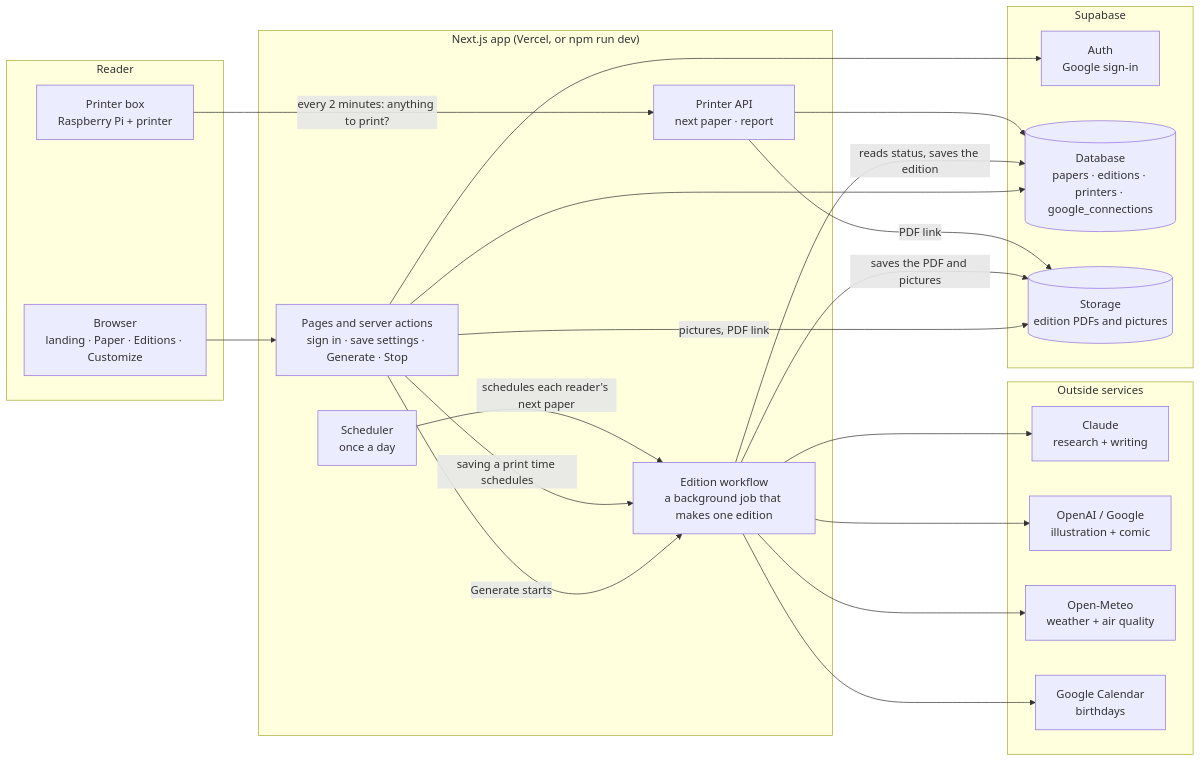
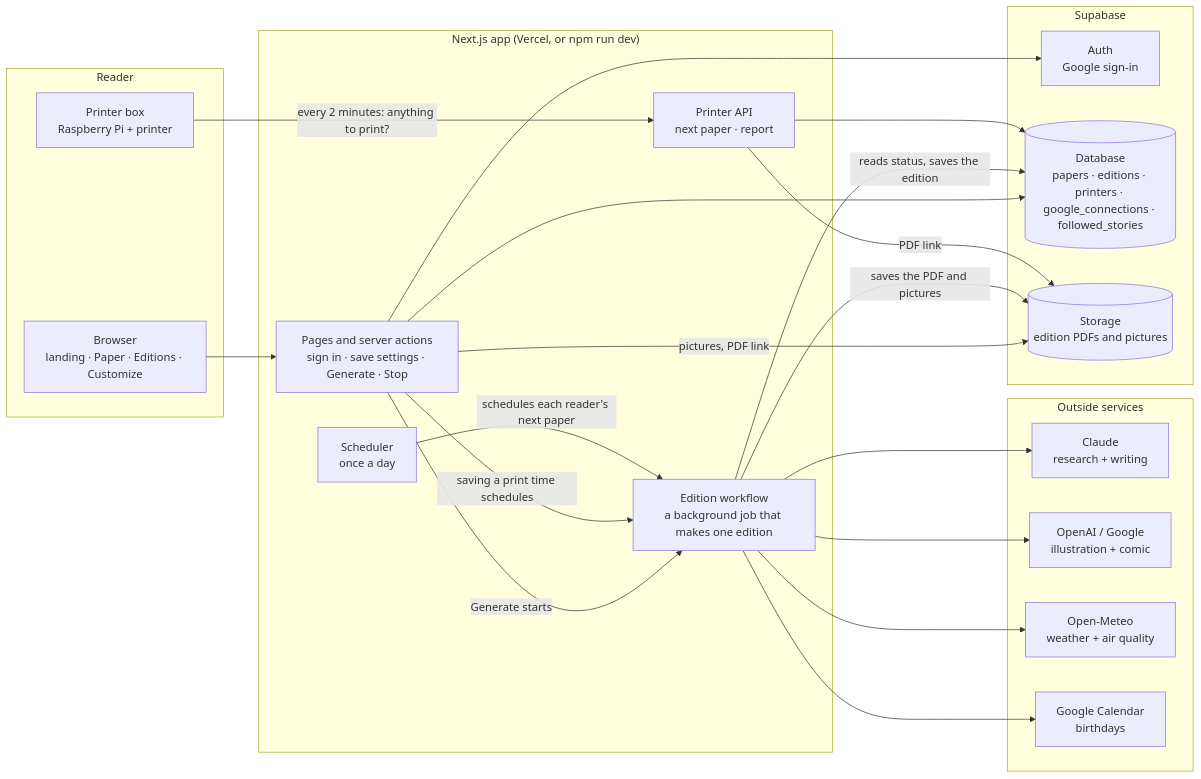
Before and after one commit to chieri518/daily-print: the first of 3 diagrams in docs/ARCHITECTURE.md, drawn with Mermaid. The commit also changed other lines of this file and 16 other files, not shown here.

````diff
--- a/docs/ARCHITECTURE.md
+++ b/docs/ARCHITECTURE.md
@@ -7,41 +7,41 @@
 ```mermaid
 flowchart LR
   subgraph You["Reader"]
     BROWSER["Browser<br/>landing · Paper · Editions · Customize"]
     BOX["Printer box<br/>Raspberry Pi + printer"]
   end
 
   subgraph App["Next.js app (Vercel, or npm run dev)"]
     PAGES["Pages and server actions<br/>sign in · save settings · Generate · Stop"]
     CRON["Scheduler<br/>once a day"]
     PAPI["Printer API<br/>next paper · report"]
     WF["Edition workflow<br/>a background job that makes one edition"]
   end
 
   subgraph Supabase
     AUTH["Auth<br/>Google sign-in"]
-    DB[("Database<br/>papers · editions · printers · google_connections")]
+    DB[("Database<br/>papers · editions · printers · google_connections · followed_stories")]
     FILES[("Storage<br/>edition PDFs and pictures")]
   end
 
   subgraph Outside["Outside services"]
     CLAUDE["Claude<br/>research + writing"]
     IMG["OpenAI / Google<br/>illustration + comic"]
     METEO["Open-Meteo<br/>weather + air quality"]
     GCAL["Google Calendar<br/>birthdays"]
   end
 
   BROWSER --> PAGES
   PAGES --> AUTH
   PAGES --> DB
   PAGES -- "Generate starts" --> WF
   PAGES -- "saving a print time schedules" --> WF
   CRON -- "schedules each reader's next paper" --> WF
   PAGES -- "pictures, PDF link" --> FILES
   WF -- "reads status, saves the edition" --> DB
   WF -- "saves the PDF and pictures" --> FILES
   WF --> CLAUDE & IMG & METEO & GCAL
   BOX -- "every 2 minutes: anything to print?" --> PAPI
   PAPI --> DB
   PAPI -- "PDF link" --> FILES
 ```
````
